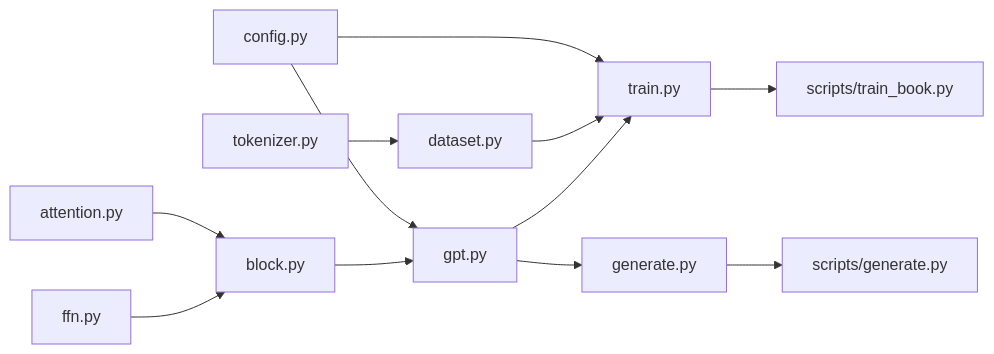
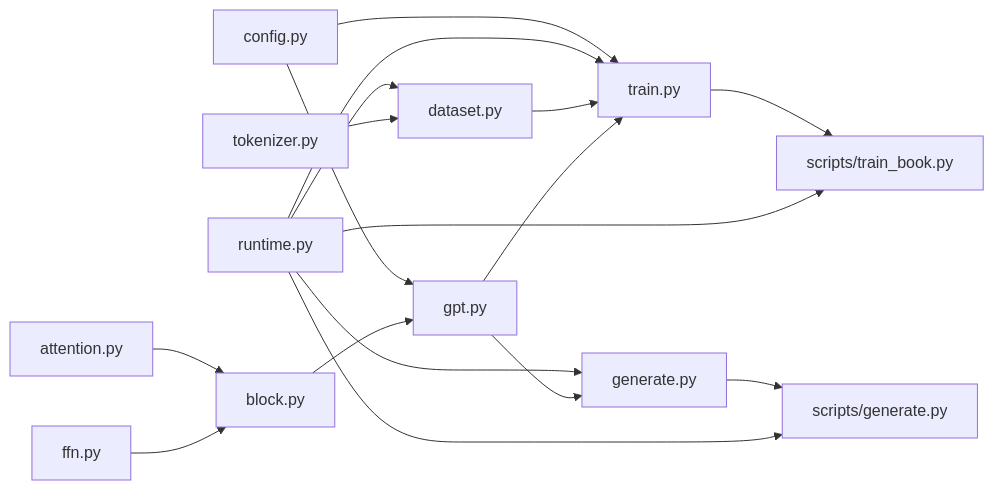
One commit to shubham-agarwal-techculture/transformer-model changed the eighth of 9 diagrams in README.md. Above: the diagram before and after it, drawn with Mermaid. The commit also changed other lines of this file and 16 other files, not shown here.

````diff
--- a/README.md
+++ b/README.md
@@ -460,14 +575,19 @@
 ```mermaid
 flowchart LR
     config[config.py] --> gpt[gpt.py]
     config --> train[train.py]
-    tokenizer[tokenizer.py] --> dataset[dataset.py]
+    runtime[runtime.py] --> dataset[dataset.py]
+    runtime --> train
+    runtime --> generate[generate.py]
+    tokenizer[tokenizer.py] --> dataset
     dataset --> train
     attention[attention.py] --> block[block.py]
     ffn[ffn.py] --> block
     block --> gpt
     gpt --> train
-    gpt --> generate[generate.py]
+    gpt --> generate
     train --> scripts_train[scripts/train_book.py]
     generate --> scripts_gen[scripts/generate.py]
+    runtime --> scripts_train
+    runtime --> scripts_gen
 ```
````
